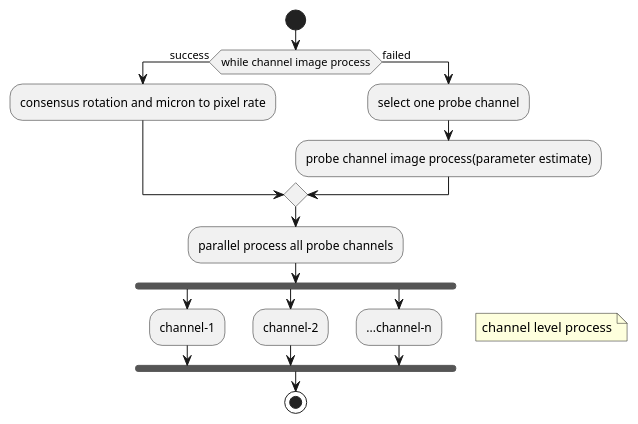
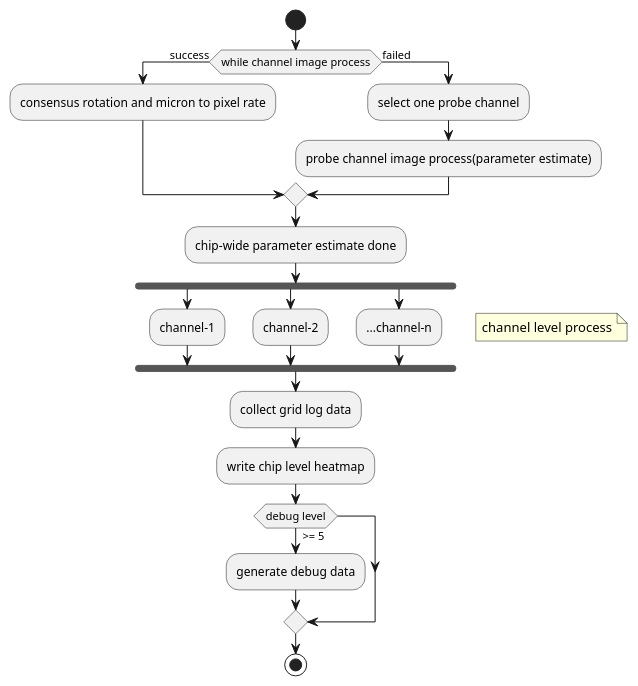
Before and after one commit to jeff665547/Project-Summit.Grid: the first of 4 diagrams in doc/algorithm.md, drawn with PlantUML. The commit also changed other lines of this file and 12 other files, not shown here.

```diff
--- a/doc/algorithm.md
+++ b/doc/algorithm.md
@@ -23,21 +39,26 @@
-@startuml
+@startuml {chip-level-process.png}
 start
 if (while channel image process) then (success)
     :consensus rotation and micron to pixel rate;
 else (failed)
     :select one probe channel;
     :probe channel image process(parameter estimate);
 endif
-:parallel process all probe channels;
+:chip-wide parameter estimate done;
 fork
     :channel-1;
 fork again
     :channel-2;
 fork again
     :...channel-n;
 end fork
 note right
     channel level process
 end note
+:collect grid log data;
+:write chip level heatmap;
+if (debug level) then ( >= 5 )
+    :generate debug data;
+endif
 stop
 @enduml
```
